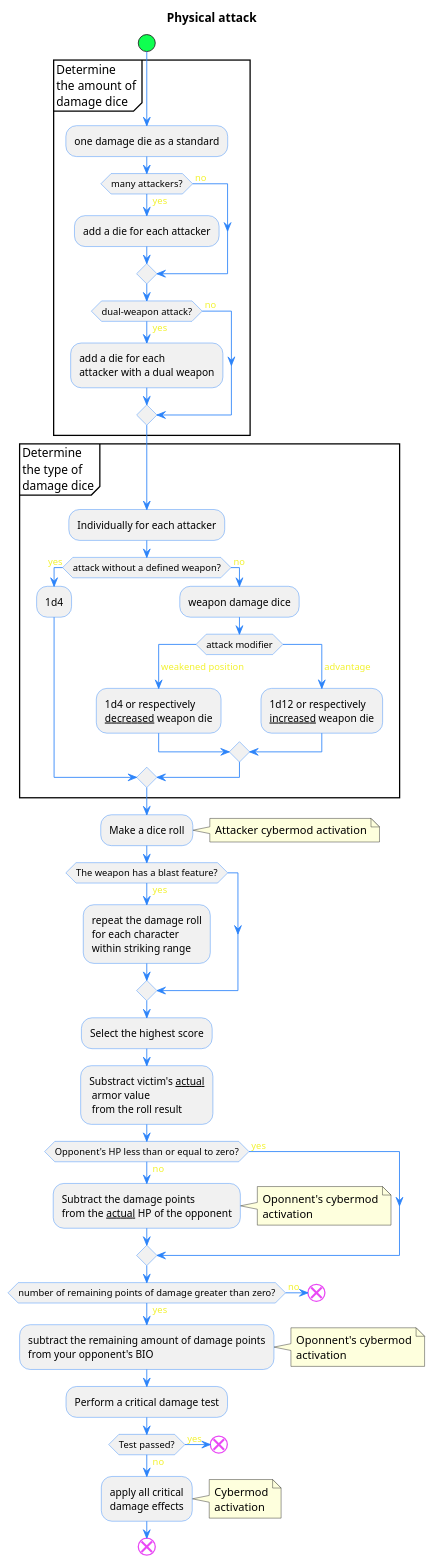
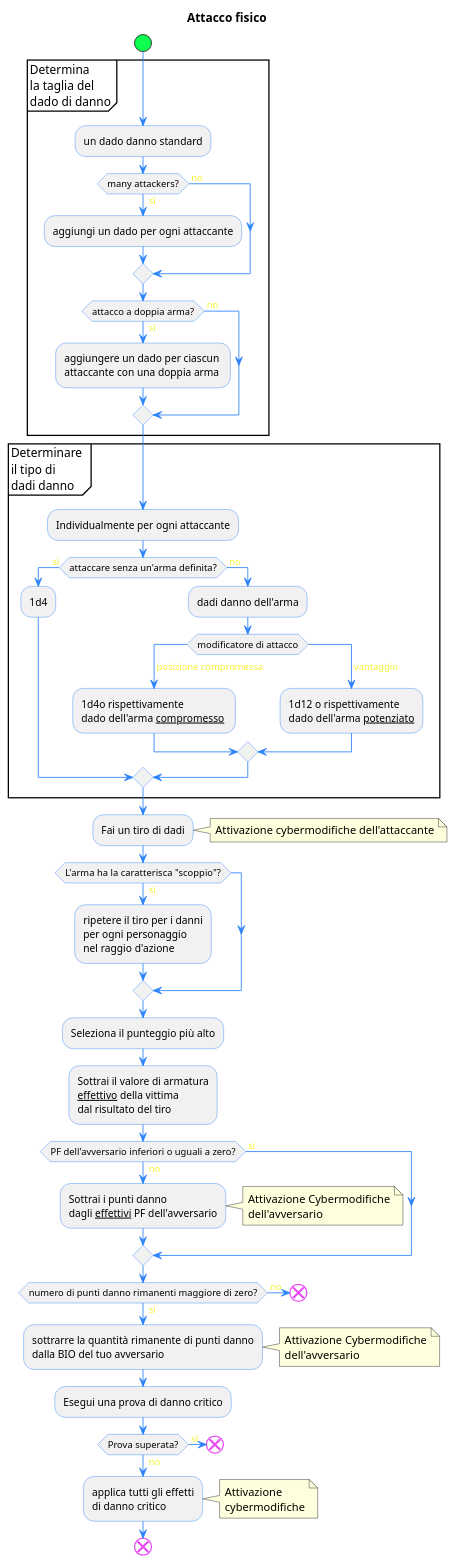
Before and after one commit to Italian-Translation-Alliance/cyber-ita: the third of 5 diagrams in datapack/algorithms.plantuml, drawn with PlantUML. The commit also changed other lines of this file and 18 other files, not shown here.

```diff
--- a/datapack/algorithms.plantuml
+++ b/datapack/algorithms.plantuml
@@ -113,85 +113,84 @@
-@startuml "Physical attack"
-title "Physical attack"
+@startuml "Attacco fisico"
+title "Attacco fisico"
 skinparam defaultFontName Oxanium
 skinparam activity {
   StartColor #0fff50
   BarColor #2c84fa
   EndColor #e949f5
   BorderColor #2c84fa
   ArrowColor #2c84fa
   FontName Oxanium
 }
 start
-group Determine \nthe amount of\ndamage dice
-:one damage die as a standard;
-if (many attackers?) then (<color:#f2f230> yes)
-:add a die for each attacker;
+group Determina \nla taglia del\ndado di danno
+:un dado danno standard;
+if (many attackers?) then (<color:#f2f230> sì)
+:aggiungi un dado per ogni attaccante;
 else (<color:#f2f230> no)
 endif
-if (dual-weapon attack?) then (<color:#f2f230> yes)
-:add a die for each 
-attacker with a dual weapon;
+if (attacco a doppia arma?) then (<color:#f2f230> sì)
+:aggiungere un dado per ciascun \nattaccante con una doppia arma;
 else (<color:#f2f230> no)
 endif
 end group
-group Determine \nthe type of\ndamage dice
-:Individually for each attacker;
-if (attack without a defined weapon?) then (<color:#f2f230> yes)
+group Determinare \nil tipo di\ndadi danno
+:Individualmente per ogni attaccante;
+if (attaccare senza un'arma definita?) then (<color:#f2f230> sì)
 :1d4;
 else (<color:#f2f230> no)
-:weapon damage dice;
-switch (attack modifier)
-case (<color:#f2f230> weakened position)
-:1d4 or respectively 
-__decreased__ weapon die;
-case (<color:#f2f230> advantage)
-:1d12 or respectively 
-__increased__ weapon die;
+:dadi danno dell'arma;
+switch (modificatore di attacco)
+case (<color:#f2f230> posizione compromessa)
+:1d4o rispettivamente
+dado dell'arma __compromesso__ ;
+case (<color:#f2f230> vantaggio)
+:1d12 o rispettivamente
+dado dell'arma __potenziato__;
 endswitch 
 endif
 end group
-:Make a dice roll;
+:Fai un tiro di dadi;
 note right
-Attacker cybermod activation
+Attivazione cybermodifiche dell'attaccante
 end note
-if (The weapon has a blast feature?) then (<color:#f2f230> yes)
-:repeat the damage roll
-for each character 
-within striking range;
+if (L'arma ha la caratterisca "scoppio"?) then (<color:#f2f230> sì)
+:ripetere il tiro per i danni
+per ogni personaggio
+nel raggio d'azione;
 endif
-:Select the highest score;
-:Substract victim's __actual__  
- armor value
- from the roll result;
-if (Opponent's HP less than or equal to zero?) then (<color:#f2f230> no)
-:Subtract the damage points 
-from the __actual__ HP of the opponent;
+:Seleziona il punteggio più alto;
+:Sottrai il valore di armatura 
+__effettivo__ della vittima 
+dal risultato del tiro;
+if (PF dell'avversario inferiori o uguali a zero?) then (<color:#f2f230> no)
+:Sottrai i punti danno
+dagli __effettivi__ PF dell'avversario;
 note right
-Oponnent's cybermod
-activation
+Attivazione Cybermodifiche
+dell'avversario
 endnote
-else (<color:#f2f230> yes)
+else (<color:#f2f230> sì)
 endif 
-if (number of remaining points of damage greater than zero?) then (<color:#f2f230> yes)
-:subtract the remaining amount of damage points 
-from your opponent's BIO;
+if (numero di punti danno rimanenti maggiore di zero?) then (<color:#f2f230> sì)
+:sottrarre la quantità rimanente di punti danno
+dalla BIO del tuo avversario;
 note right
-Oponnent's cybermod
-activation
+Attivazione Cybermodifiche
+dell'avversario
 endnote
-:Perform a critical damage test;
-if (Test passed?) then (<color:#f2f230> yes)
+:Esegui una prova di danno critico;
+if (Prova superata?) then (<color:#f2f230> sì)
   end
 else (<color:#f2f230> no)
-  :apply all critical
-  damage effects;
+  :applica tutti gli effetti
+  di danno critico;
   note right
-    Cybermod
-    activation
+  Attivazione
+  cybermodifiche
   endnote
 endif
 else (<color:#f2f230> no)
  end
 endif
 end
 @enduml
```
